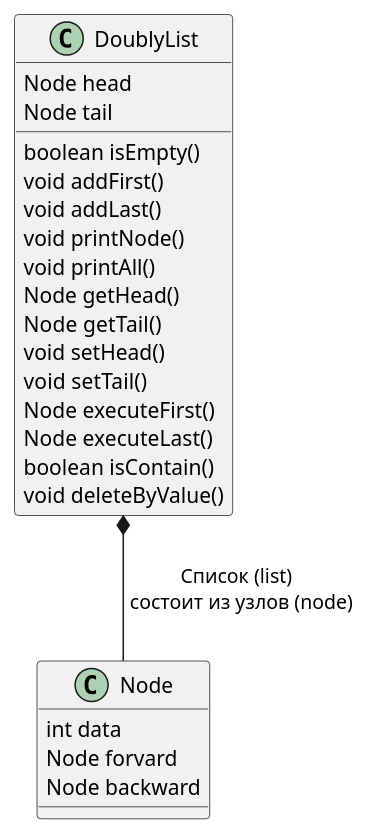
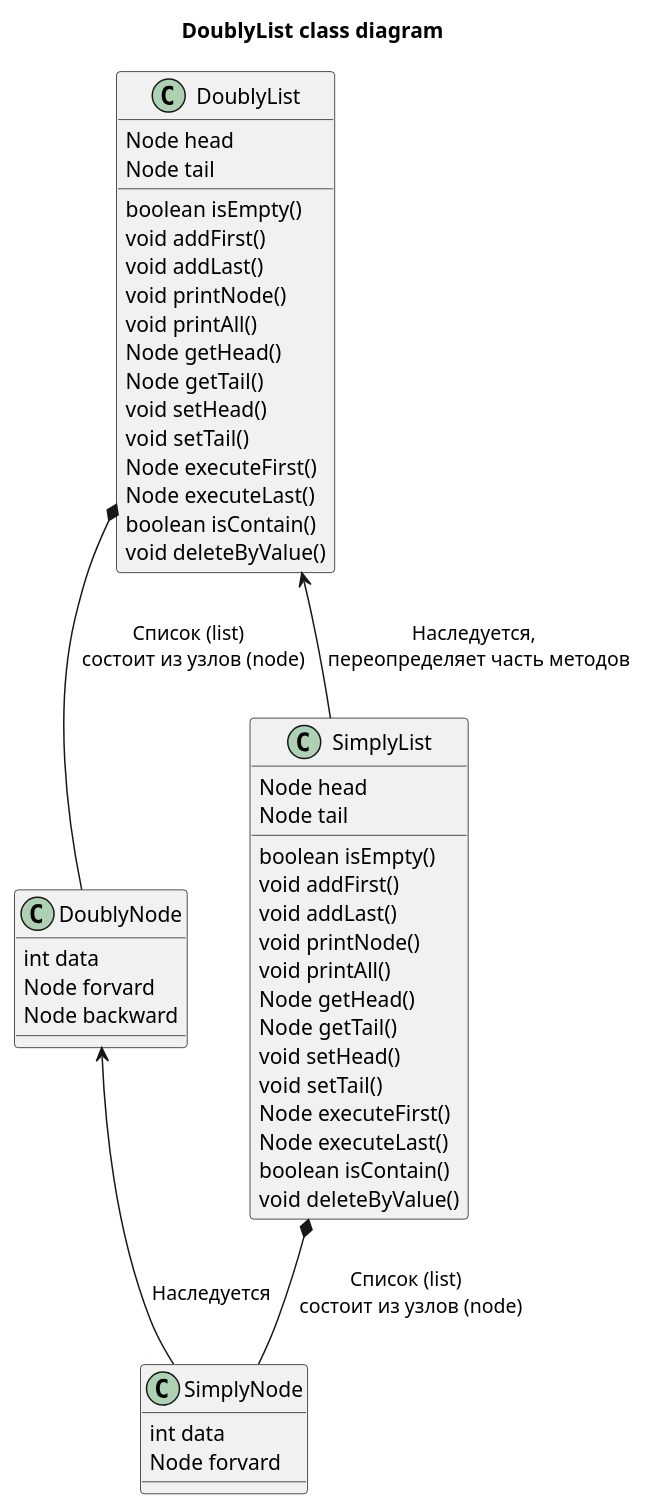
The diagram in lab03/doc/uml/doublyList/class-diagramm.puml (esoe/practice), drawn with PlantUML before and after one commit. The commit also changed 1 other file, not shown here.

```diff
--- a/lab03/doc/uml/doublyList/class-diagramm.puml
+++ b/lab03/doc/uml/doublyList/class-diagramm.puml
@@ -1,28 +1,52 @@
 @startuml classDiagramm-DoublyList
-class Node{
+title DoublyList class diagram
+
+class SimplyNode{
+    int data
+    Node forvard
+}
+class DoublyNode{
     int data
     Node forvard
     Node backward
 }
-class DoublyList{
+class SimplyList{
     Node head
     Node tail
-
     boolean isEmpty()
     void addFirst()
     void addLast()
     void printNode()
     void printAll()
     Node getHead()
     Node getTail()
     void setHead()
     void setTail()
     Node executeFirst()
-    'TODO
     Node executeLast()
     boolean isContain()
-    void deleteByValue()    
+    void deleteByValue()
 }
-DoublyList *--  Node : "Список (list) \n состоит из узлов (node)"
-
+class DoublyList{
+    Node head
+    Node tail
+    boolean isEmpty()
+    void addFirst()
+    void addLast()
+    void printNode()
+    void printAll()
+    Node getHead()
+    Node getTail()
+    void setHead()
+    void setTail()
+    Node executeFirst()
+    Node executeLast()
+    boolean isContain()
+    'TODO
+    void deleteByValue()
+}
+DoublyList *--  DoublyNode : "Список (list) \n состоит из узлов (node)"
+DoublyList <--  SimplyList : "Наследуется, \n переопределяет часть методов"
+DoublyNode <-- SimplyNode : "Наследуется"
+SimplyList *-- SimplyNode : "Список (list) \n состоит из узлов (node)"
 @enduml
```
